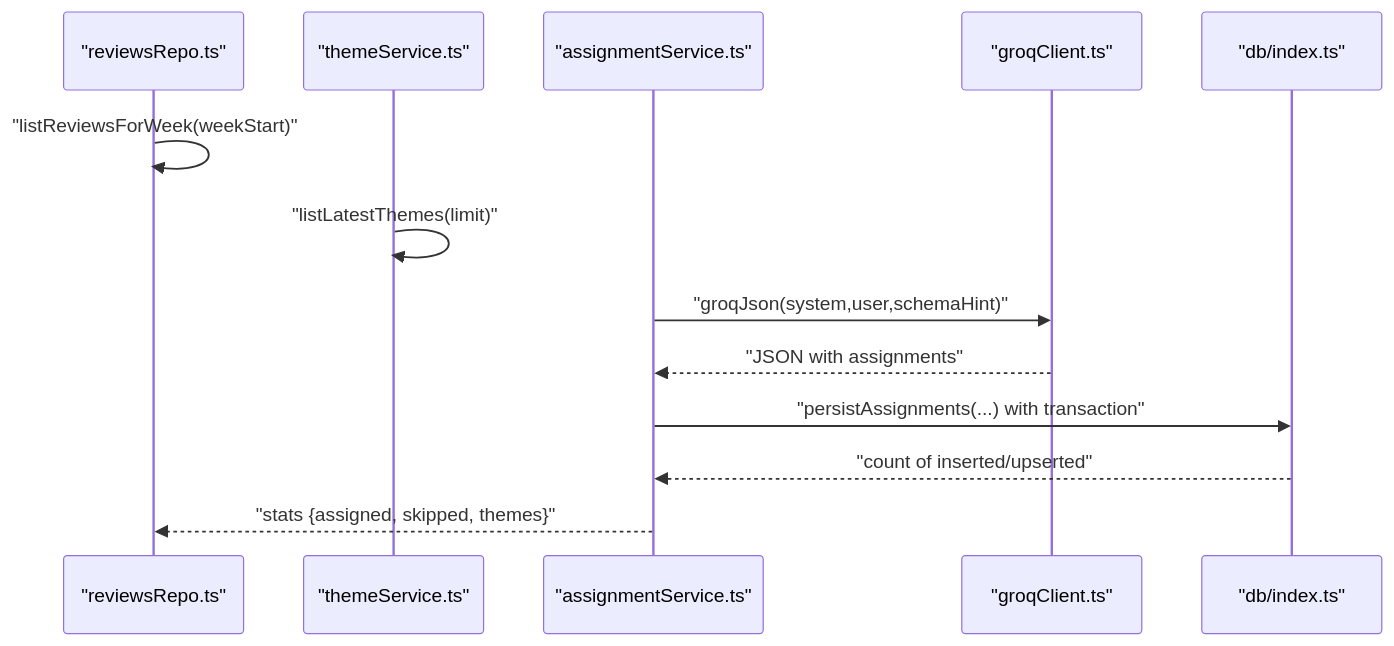
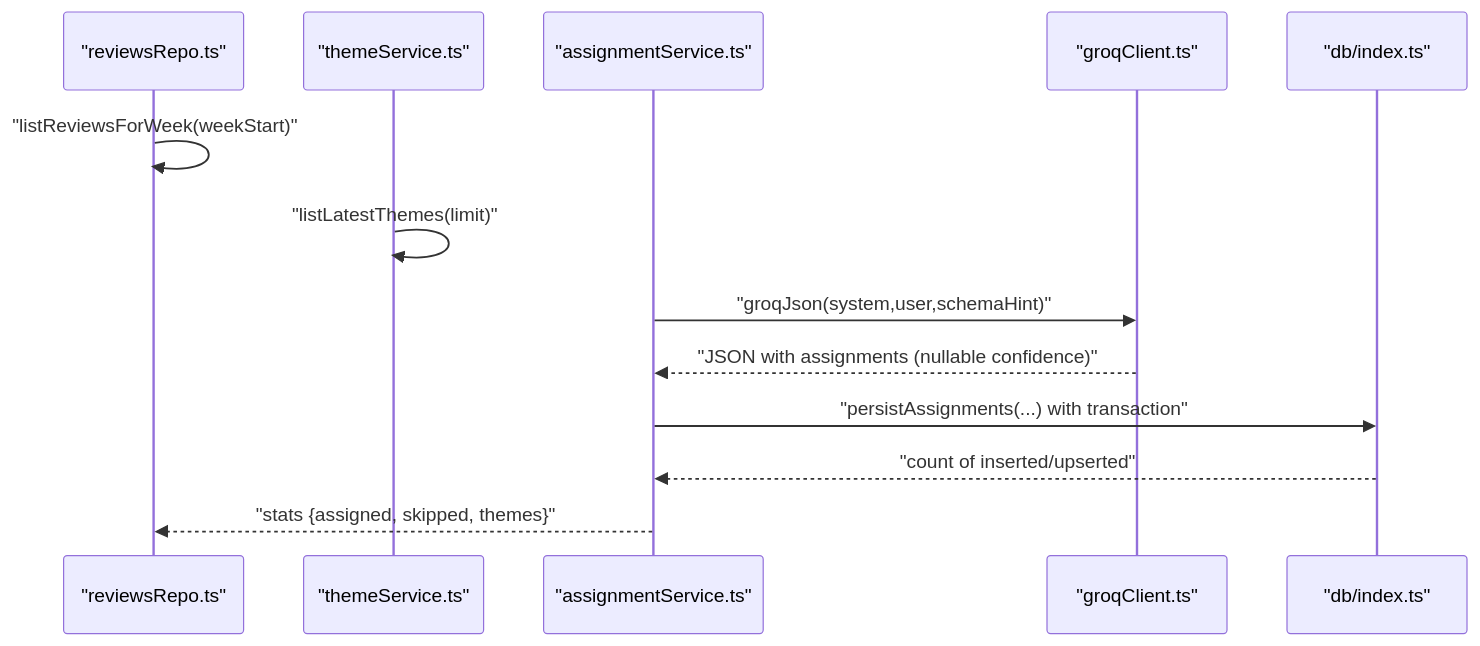
Before and after one commit to aravinthraj-ramalingam/Groww-App-Review-Insights-Analyzer-: the second of 8 diagrams in .qoder/repowiki/en/content/Phase 2_ Advanced Analytics & Automation/Review-to-Theme Assignment.md, drawn with Mermaid. The commit also changed other lines of this file and 4 other files, not shown here.

````diff
--- a/.qoder/repowiki/en/content/Phase 2_ Advanced Analytics & Automation/Review-to-Theme Assignment.md
+++ b/.qoder/repowiki/en/content/Phase 2_ Advanced Analytics & Automation/Review-to-Theme Assignment.md
@@ -102,15 +109,15 @@
 ```mermaid
 sequenceDiagram
 participant Repo as "reviewsRepo.ts"
 participant Themes as "themeService.ts"
 participant Assign as "assignmentService.ts"
 participant Groq as "groqClient.ts"
 participant DB as "db/index.ts"
 Repo->>Repo : "listReviewsForWeek(weekStart)"
 Themes->>Themes : "listLatestThemes(limit)"
 Assign->>Groq : "groqJson(system,user,schemaHint)"
-Groq-->>Assign : "JSON with assignments"
+Groq-->>Assign : "JSON with assignments (nullable confidence)"
 Assign->>DB : "persistAssignments(...) with transaction"
 DB-->>Assign : "count of inserted/upserted"
 Assign-->>Repo : "stats {assigned, skipped, themes}"
 ```
````
